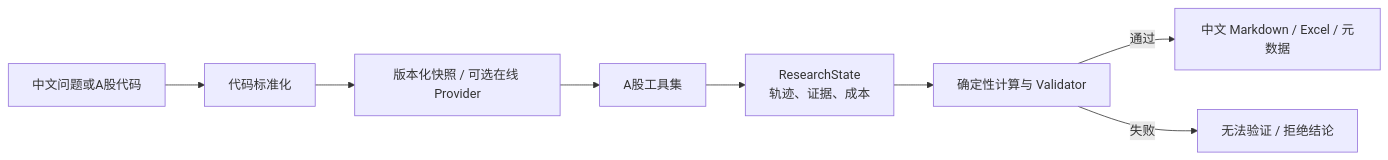
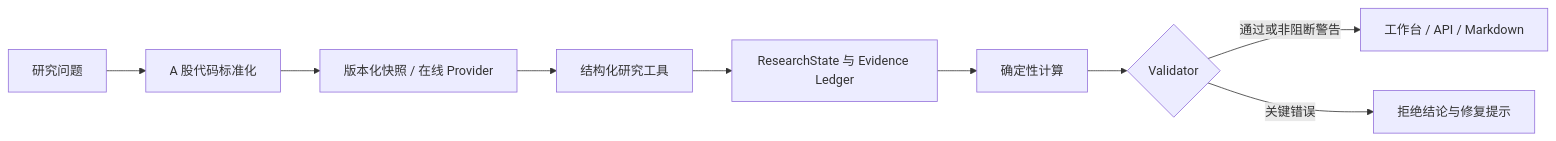
Before and after one commit to BING0116-gif/FinTrace-CN: the diagram in README.md, drawn with Mermaid. The commit also changed other lines of this file and 34 other files, not shown here.

````diff
--- a/README.md
+++ b/README.md
@@ -30,10 +33,11 @@
-```mermaid
+~~~mermaid
 flowchart LR
-    U["中文问题或A股代码"] --> S["代码标准化"]
-    S --> P["版本化快照 / 可选在线 Provider"]
-    P --> T["A股工具集"]
-    T --> R["ResearchState\n轨迹、证据、成本"]
-    R --> V["确定性计算与 Validator"]
-    V -->|"通过"| O["中文 Markdown / Excel / 元数据"]
-    V -->|"失败"| B["无法验证 / 拒绝结论"]
-```
+    U[研究问题] --> S[A 股代码标准化]
+    S --> P[版本化快照 / 在线 Provider]
+    P --> T[结构化研究工具]
+    T --> R[ResearchState 与 Evidence Ledger]
+    R --> C[确定性计算]
+    C --> V{Validator}
+    V -->|通过或非阻断警告| O[工作台 / API / Markdown]
+    V -->|关键错误| B[拒绝结论与修复提示]
+~~~
````
